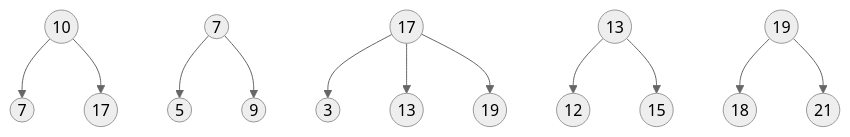
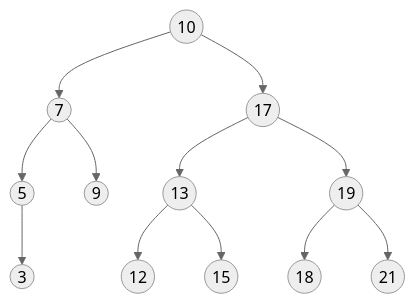
The diagram in IT/Algorithmen-Datenstrukturen/(Dynam.) Datenstrukturen/Binärer Suchbaum.md (DanielJMoser/ObsidianVault), drawn with Mermaid (neutral theme) before and after one commit. The commit also changed other lines of this file, not shown here.

Commit message:
vault backup: 2022-07-02 18:25:40

````diff
--- a/IT/Algorithmen-Datenstrukturen/(Dynam.) Datenstrukturen/Binärer Suchbaum.md
+++ b/IT/Algorithmen-Datenstrukturen/(Dynam.) Datenstrukturen/Binärer Suchbaum.md
@@ -18,15 +22,15 @@
 ```mermaid
 
 graph TD; 
 id1((10)) --> id2((7));
 id1((10)) --> id3((17));
-id13((7)) --> id4((5));
-id13((7)) --> id5((9));
-id14((5)) --> id6((3));
-id14((17)) --> id7((13));
-id14((17)) --> id8((19));
-id15((13)) --> id9((12));
-id15((13)) --> id10((15));
-id16((19)) --> id11((18));
-id16((19)) --> id12((21));
+id2((7)) --> id4((5));
+id2((7)) --> id5((9));
+id4((5)) --> id6((3));
+id3((17)) --> id7((13));
+id3((17)) --> id8((19));
+id7((13)) --> id9((12));
+id7((13)) --> id10((15));
+id8((19)) --> id11((18));
+id8((19)) --> id12((21));
 ```
````
